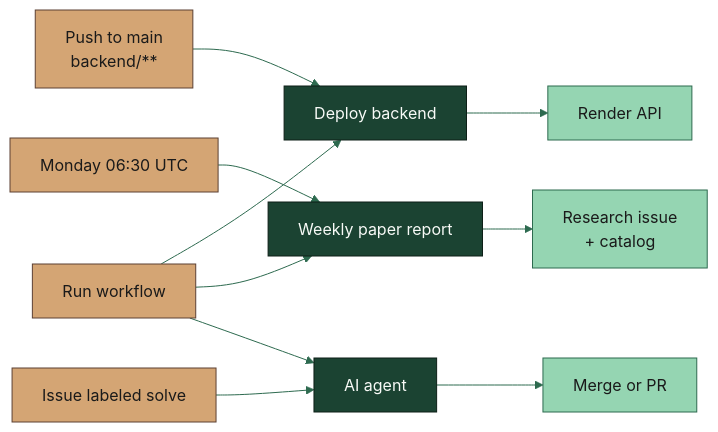
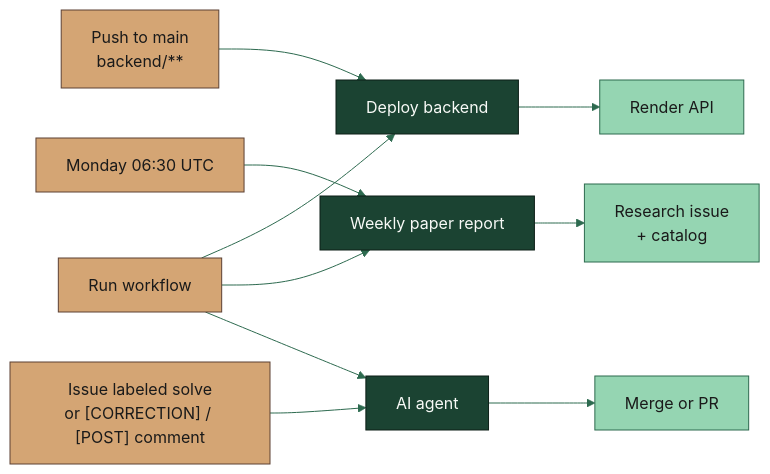
Before and after one commit to HenriqueFStephan/medi-canopy: the diagram in docs/workflows/README.md, drawn with Mermaid. The commit also changed 8 other files, not shown here.

````diff
--- a/docs/workflows/README.md
+++ b/docs/workflows/README.md
@@ -13,35 +13,35 @@
 ```mermaid
 %%{init: {'theme':'base','themeVariables':{
   'primaryColor':'#1B4332','primaryTextColor':'#F8FAF7',
   'primaryBorderColor':'#0D1F17','lineColor':'#2D6A4F',
   'secondaryColor':'#95D5B2','tertiaryColor':'#F8FAF7',
   'fontFamily':'system-ui, sans-serif'
 }}}%%
 flowchart LR
   classDef trigger fill:#D4A574,stroke:#5C4033,color:#1A1A1A
   classDef job fill:#1B4332,stroke:#0D1F17,color:#F8FAF7
   classDef output fill:#95D5B2,stroke:#2D6A4F,color:#1A1A1A
 
   Push["Push to main<br/>backend/**"]:::trigger
   Cron["Monday 06:30 UTC"]:::trigger
-  Label["Issue labeled solve"]:::trigger
+  Label["Issue labeled solve<br/>or [CORRECTION] / [POST] comment"]:::trigger
   Manual["Run workflow"]:::trigger
 
   Deploy["Deploy backend"]:::job
   Papers["Weekly paper report"]:::job
   Agent["AI agent"]:::job
 
   Render["Render API"]:::output
   Issue["Research issue<br/>+ catalog"]:::output
   Fix["Merge or PR"]:::output
 
   Push --> Deploy
   Manual --> Deploy
   Cron --> Papers
   Manual --> Papers
   Label --> Agent
   Manual --> Agent
   Deploy --> Render
   Papers --> Issue
   Agent --> Fix
 ```
````
